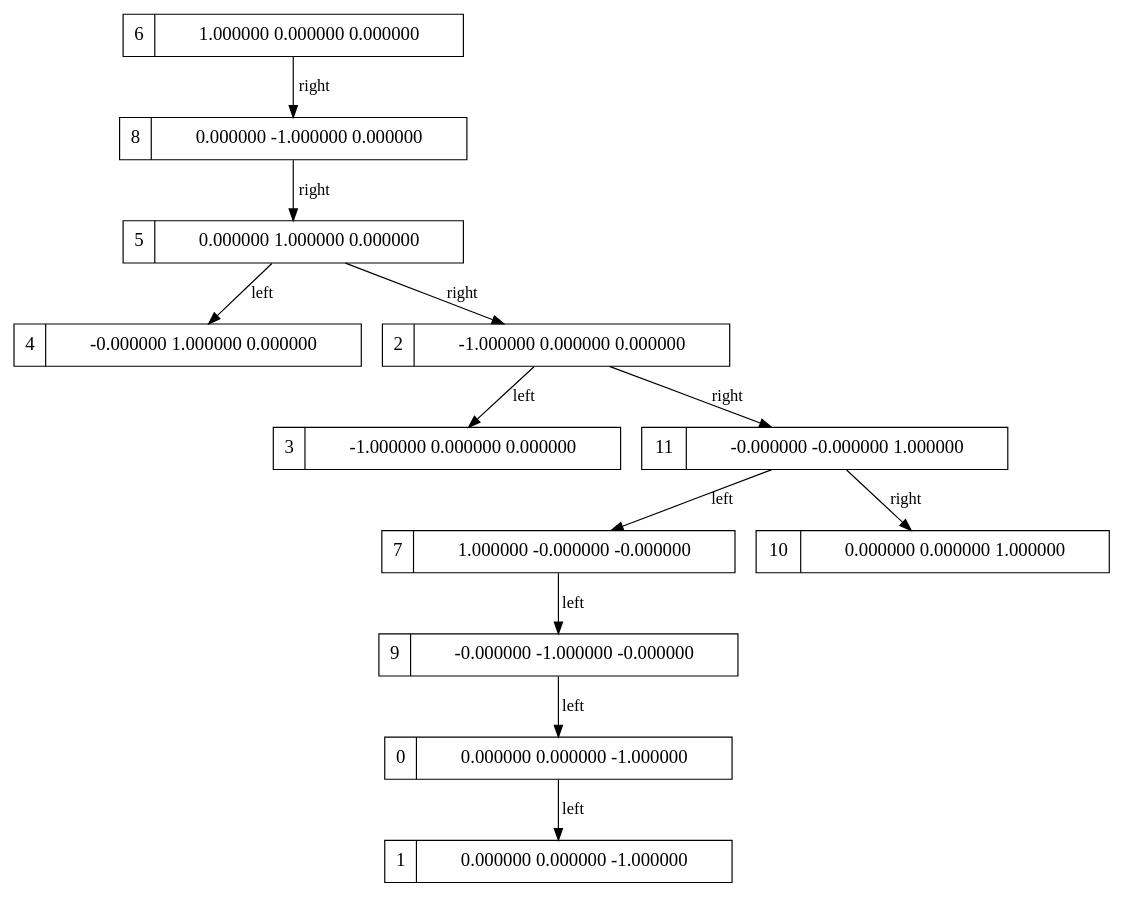
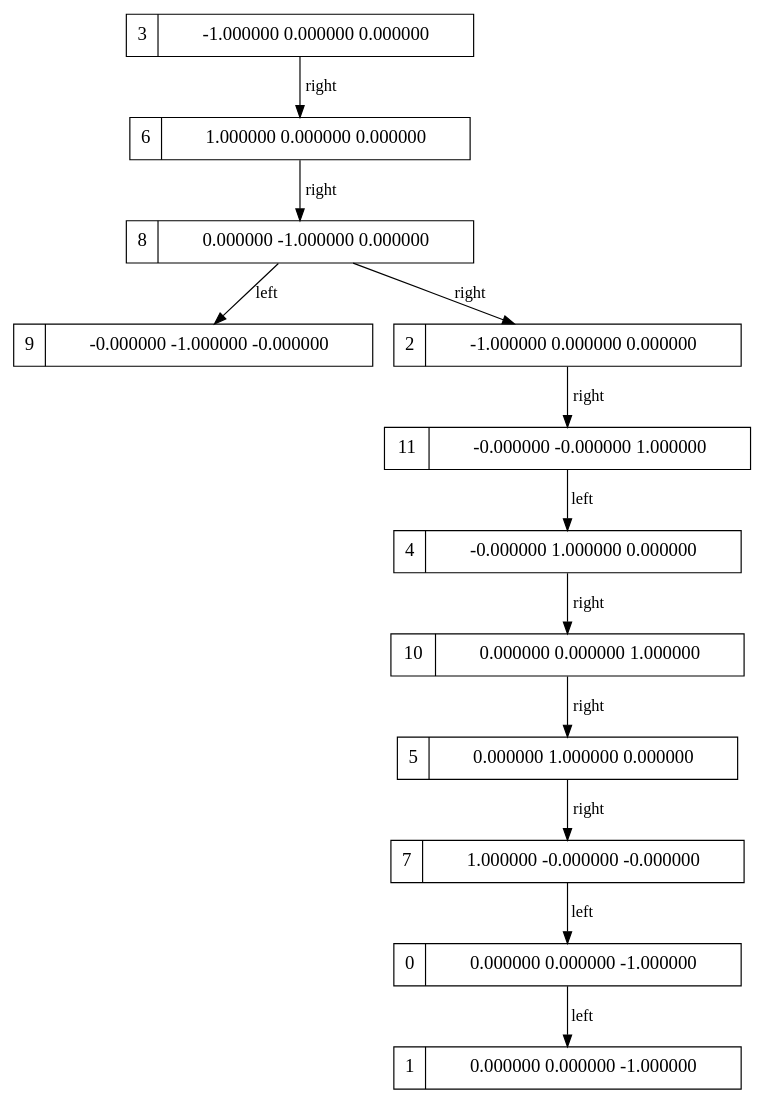
One commit to AryaGosuDev/RayTracer changed the diagram in Render2/cubeoutGraph.dot. Above: the diagram before and after it, drawn with Graphviz. The commit also changed 23 other files, not shown here.

```diff
--- a/Render2/cubeoutGraph.dot
+++ b/Render2/cubeoutGraph.dot
@@ -1,1 +1,1 @@
-digraph g { graph []; node [ fontsize="16" shape = "ellipse"]; edge [];"node6" [ label = "6 | 1.000000 0.000000 0.000000 " shape = "record" ];"node8" [ label = "8 | 0.000000 -1.000000 0.000000 " shape = "record" ];"node5" [ label = "5 | 0.000000 1.000000 0.000000 " shape = "record" ];"node4" [ label = "4 | -0.000000 1.000000 0.000000 " shape = "record" ];"node2" [ label = "2 | -1.000000 0.000000 0.000000 " shape = "record" ];"node3" [ label = "3 | -1.000000 0.000000 0.000000 " shape = "record" ];"node11" [ label = "11 | -0.000000 -0.000000 1.000000 " shape = "record" ];"node7" [ label = "7 | 1.000000 -0.000000 -0.000000 " shape = "record" ];"node9" [ label = "9 | -0.000000 -1.000000 -0.000000 " shape = "record" ];"node0" [ label = "0 | 0.000000 0.000000 -1.000000 " shape = "record" ];"node1" [ label = "1 | 0.000000 0.000000 -1.000000 " shape = "record" ];"node10" [ label = "10 | 0.000000 0.000000 1.000000 " shape = "record" ];"node6"-> "node8" [ label = "right"];"node8"-> "node5" [ label = "right"];"node5"-> "node4" [ label = "left"];"node5"-> "node2" [ label = "right"];"node2"-> "node3" [ label = "left"];"node2"-> "node11" [ label = "right"];"node11"-> "node7" [ label = "left"];"node7"-> "node9" [ label = "left"];"node9"-> "node0" [ label = "left"];"node0"-> "node1" [ label = "left"];"node11"-> "node10" [ label = "right"];}
+digraph g { graph []; node [ fontsize="16" shape = "ellipse"]; edge [];"node3" [ label = "3 | -1.000000 0.000000 0.000000 " shape = "record" ];"node6" [ label = "6 | 1.000000 0.000000 0.000000 " shape = "record" ];"node8" [ label = "8 | 0.000000 -1.000000 0.000000 " shape = "record" ];"node9" [ label = "9 | -0.000000 -1.000000 -0.000000 " shape = "record" ];"node2" [ label = "2 | -1.000000 0.000000 0.000000 " shape = "record" ];"node11" [ label = "11 | -0.000000 -0.000000 1.000000 " shape = "record" ];"node4" [ label = "4 | -0.000000 1.000000 0.000000 " shape = "record" ];"node10" [ label = "10 | 0.000000 0.000000 1.000000 " shape = "record" ];"node5" [ label = "5 | 0.000000 1.000000 0.000000 " shape = "record" ];"node7" [ label = "7 | 1.000000 -0.000000 -0.000000 " shape = "record" ];"node0" [ label = "0 | 0.000000 0.000000 -1.000000 " shape = "record" ];"node1" [ label = "1 | 0.000000 0.000000 -1.000000 " shape = "record" ];"node3"-> "node6" [ label = "right"];"node6"-> "node8" [ label = "right"];"node8"-> "node9" [ label = "left"];"node8"-> "node2" [ label = "right"];"node2"-> "node11" [ label = "right"];"node11"-> "node4" [ label = "left"];"node4"-> "node10" [ label = "right"];"node10"-> "node5" [ label = "right"];"node5"-> "node7" [ label = "right"];"node7"-> "node0" [ label = "left"];"node0"-> "node1" [ label = "left"];}
```
